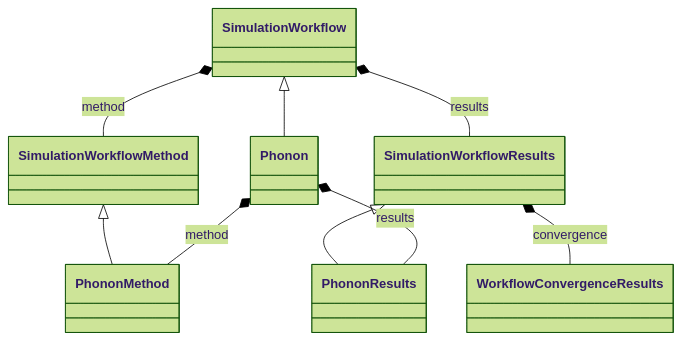
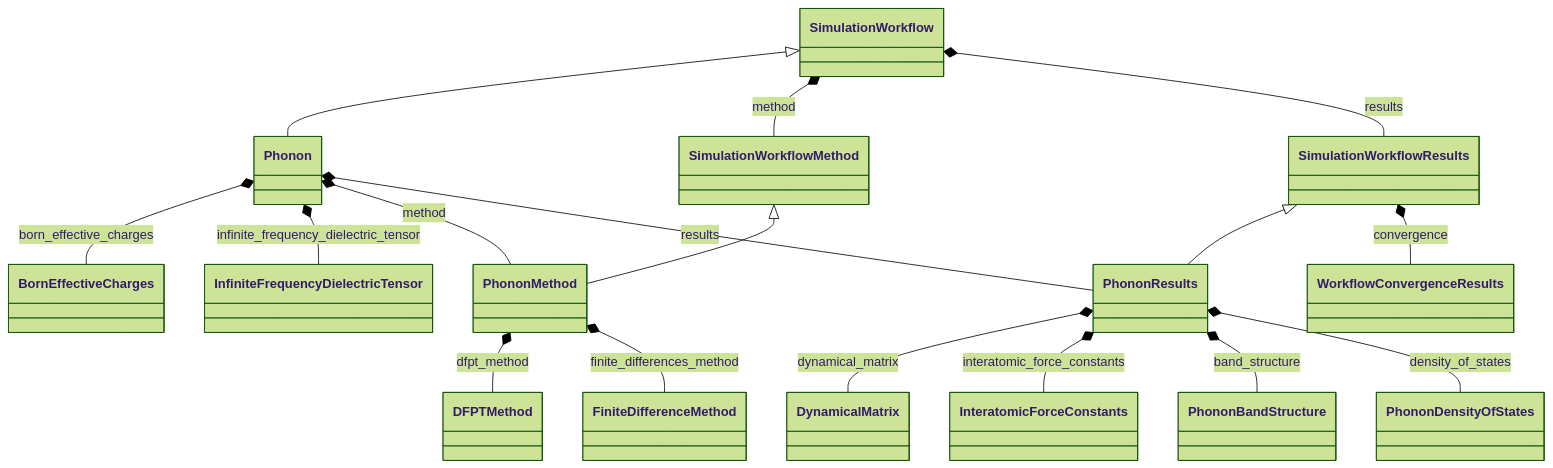
The diagram in docs/schema/workflow_phonon.md (FAIRmat-NFDI/nomad-simulations), drawn with Mermaid (forest theme) before and after one commit. The commit also changed other lines of this file and 9 other files, not shown here.

````diff
--- a/docs/schema/workflow_phonon.md
+++ b/docs/schema/workflow_phonon.md
@@ -11,18 +11,34 @@
 ```mermaid
 classDiagram
+    class BornEffectiveCharges
+    class DFPTMethod
+    class DynamicalMatrix
+    class FiniteDifferenceMethod
+    class InfiniteFrequencyDielectricTensor
+    class InteratomicForceConstants
     class Phonon
+    class PhononBandStructure
+    class PhononDensityOfStates
     class PhononMethod
     class PhononResults
     class SimulationWorkflow
     class SimulationWorkflowMethod
     class SimulationWorkflowResults
     class WorkflowConvergenceResults
     SimulationWorkflow <|-- Phonon
     SimulationWorkflowMethod <|-- PhononMethod
     SimulationWorkflowResults <|-- PhononResults
+    Phonon *-- BornEffectiveCharges : born_effective_charges
+    Phonon *-- InfiniteFrequencyDielectricTensor : infinite_frequency_dielectric_tensor
     Phonon *-- PhononMethod : method
     Phonon *-- PhononResults : results
+    PhononMethod *-- DFPTMethod : dfpt_method
+    PhononMethod *-- FiniteDifferenceMethod : finite_differences_method
+    PhononResults *-- DynamicalMatrix : dynamical_matrix
+    PhononResults *-- InteratomicForceConstants : interatomic_force_constants
+    PhononResults *-- PhononBandStructure : band_structure
+    PhononResults *-- PhononDensityOfStates : density_of_states
     SimulationWorkflow *-- SimulationWorkflowMethod : method
     SimulationWorkflow *-- SimulationWorkflowResults : results
     SimulationWorkflowResults *-- WorkflowConvergenceResults : convergence
 ```
````
